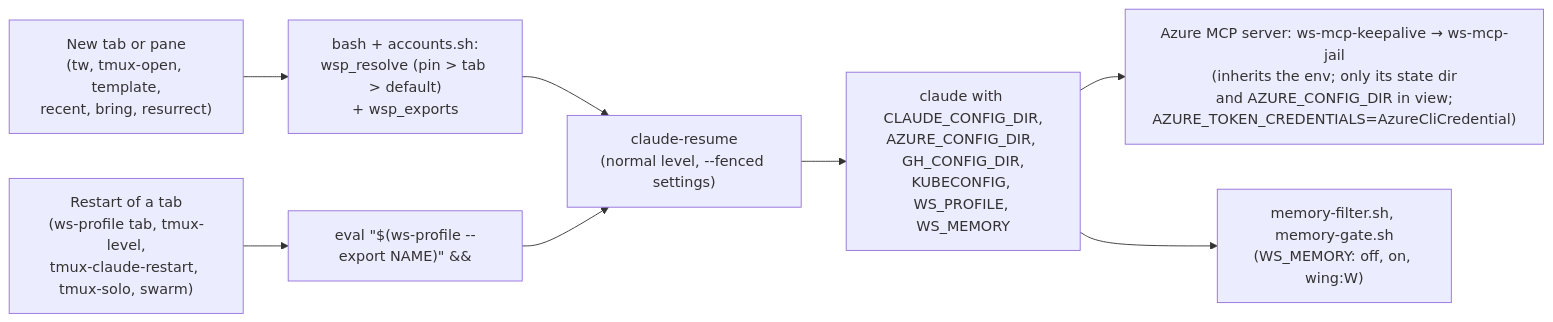
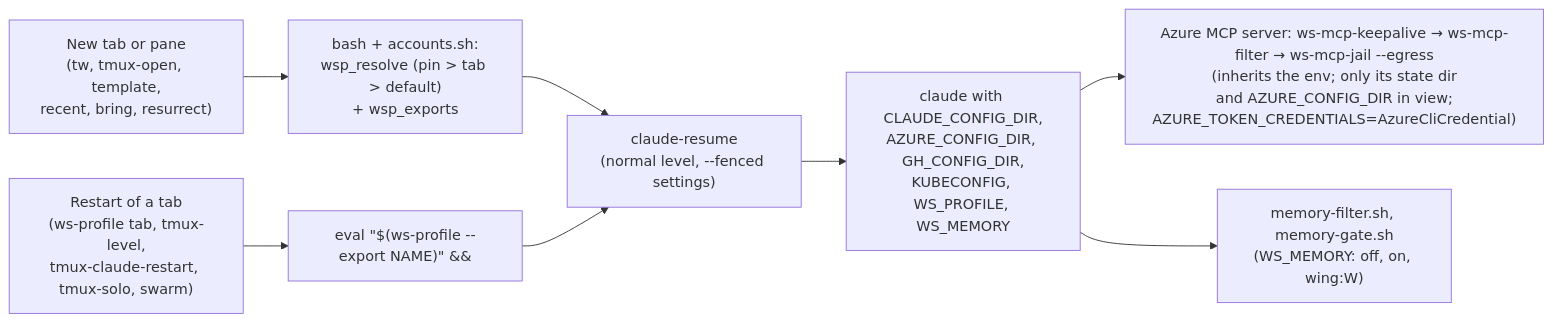
Before and after one commit to andreshma/claude-workstation: the third of 10 diagrams in docs/architecture.md, drawn with Mermaid. The commit also changed other lines of this file and 17 other files, not shown here.

````diff
--- a/docs/architecture.md
+++ b/docs/architecture.md
@@ -318,10 +321,10 @@
 ```mermaid
 flowchart LR
     new["New tab or pane<br/>(tw, tmux-open, template,<br/>recent, bring, resurrect)"] --> shell["bash + accounts.sh:<br/>wsp_resolve (pin > tab > default)<br/>+ wsp_exports"]
     restart["Restart of a tab<br/>(ws-profile tab, tmux-level,<br/>tmux-claude-restart, tmux-solo, swarm)"] --> prefix["eval &quot;$(ws-profile --export NAME)&quot; &&"]
     shell --> cr["claude-resume<br/>(normal level, --fenced settings)"]
     prefix --> cr
     cr --> claude["claude with CLAUDE_CONFIG_DIR,<br/>AZURE_CONFIG_DIR, GH_CONFIG_DIR,<br/>KUBECONFIG, WS_PROFILE, WS_MEMORY"]
-    claude --> mcp["Azure MCP server: ws-mcp-keepalive → ws-mcp-jail<br/>(inherits the env; only its state dir<br/>and AZURE_CONFIG_DIR in view;<br/>AZURE_TOKEN_CREDENTIALS=AzureCliCredential)"]
+    claude --> mcp["Azure MCP server: ws-mcp-keepalive → ws-mcp-filter → ws-mcp-jail --egress<br/>(inherits the env; only its state dir<br/>and AZURE_CONFIG_DIR in view;<br/>AZURE_TOKEN_CREDENTIALS=AzureCliCredential)"]
     claude --> hooks["memory-filter.sh, memory-gate.sh<br/>(WS_MEMORY: off, on, wing:W)"]
 ```
````
